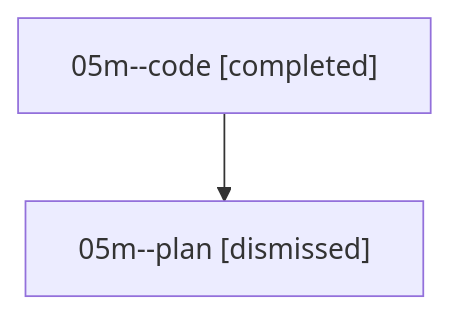
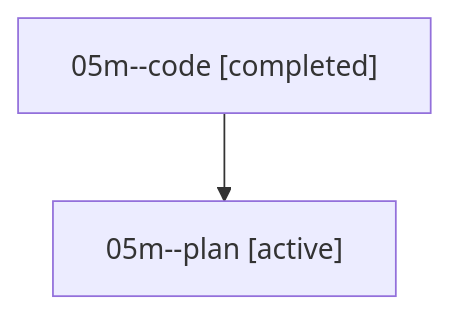
Before and after one commit to bobs-org/bob-cli--agents: the diagram in families/bbugyi200.athena.05m.md, drawn with Mermaid. The commit also changed other lines of this file and 1279 other files, not shown here.

````diff
--- a/families/bbugyi200.athena.05m.md
+++ b/families/bbugyi200.athena.05m.md
@@ -9,6 +9,6 @@
 ```mermaid
 flowchart TD
   n0["05m--code [completed]"]
-  n1["05m--plan [dismissed]"]
+  n1["05m--plan [active]"]
   n0 --> n1
 ```
````
